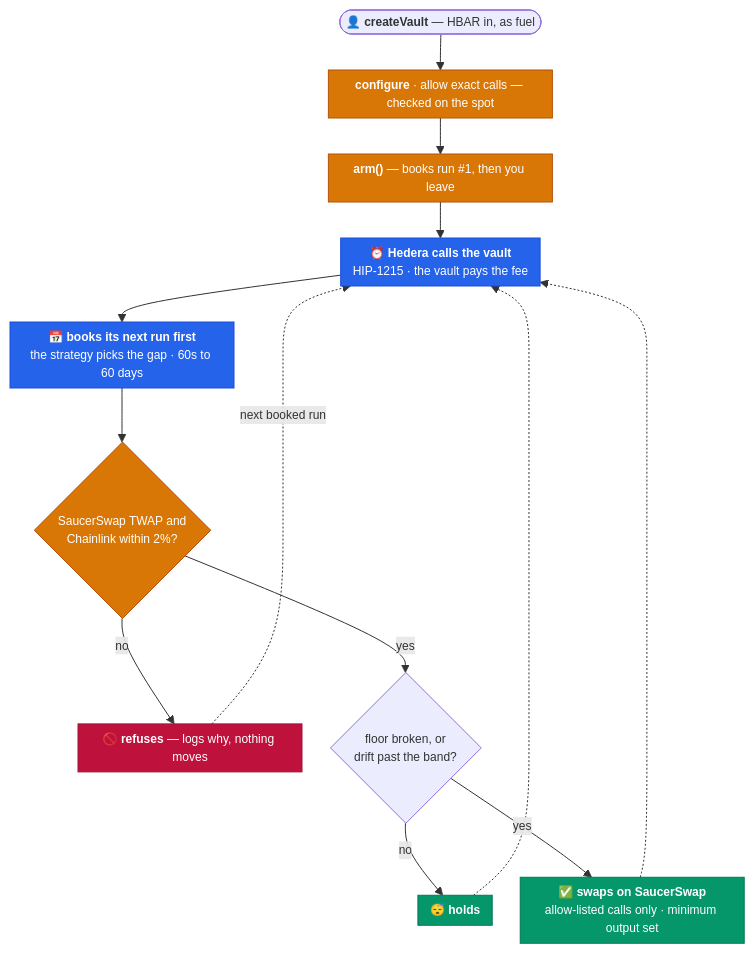
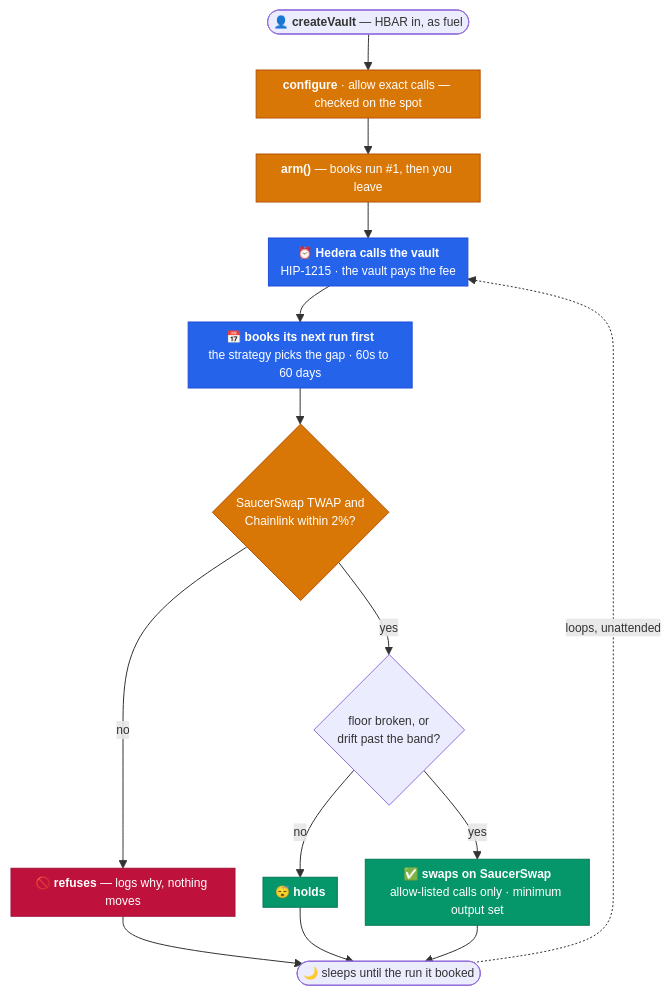
The first of 2 diagrams in README.md (Madhav-Gupta-28/Nocturne), drawn with Mermaid before and after one commit. The commit also changed other lines of this file, not shown here.

First line of the commit message:
README: what you can build, the reference example compared, cleaner diagrams

````diff
--- a/README.md
+++ b/README.md
@@ -53,40 +69,42 @@
 ```mermaid
 ---
 config:
   flowchart:
     nodeSpacing: 28
     rankSpacing: 36
     padding: 6
     useMaxWidth: true
   themeVariables:
     fontSize: 12px
 ---
 flowchart TD
     NEW(["👤 <b>createVault</b> — HBAR in, as fuel"])
     NEW --> CFG
     CFG["<b>configure</b> · allow exact calls — checked on the spot"]
     CFG --> ARM
     ARM["<b>arm()</b> — books run #1, then you leave"]
     ARM --> FIRE
     FIRE["⏰ <b>Hedera calls the vault</b><br/>HIP-1215 · the vault pays the fee"]
     FIRE --> BOOK
     BOOK["📅 <b>books its next run first</b><br/>the strategy picks the gap · 60s to 60 days"]
     BOOK --> AGREE
     AGREE{"SaucerSwap TWAP and<br/>Chainlink within 2%?"}
     AGREE -->|no| REF["🚫 <b>refuses</b> — logs why, nothing moves"]
     AGREE -->|yes| DUE{"floor broken, or<br/>drift past the band?"}
     DUE -->|no| HOLD["😴 <b>holds</b>"]
     DUE -->|yes| SWAP["✅ <b>swaps on SaucerSwap</b><br/>allow-listed calls only · minimum output set"]
-    REF -.->|"next booked run"| FIRE
-    HOLD -.-> FIRE
-    SWAP -.-> FIRE
+    REF --> NEXT
+    HOLD --> NEXT
+    SWAP --> NEXT
+    NEXT(["🌙 sleeps until the run it booked"])
+    NEXT -.->|"loops, unattended"| FIRE
 
     style CFG fill:#D97706,stroke:#B45309,color:#FFFFFF
     style ARM fill:#D97706,stroke:#B45309,color:#FFFFFF
     style AGREE fill:#D97706,stroke:#B45309,color:#FFFFFF
     style FIRE fill:#2563EB,stroke:#1D4ED8,color:#FFFFFF
     style BOOK fill:#2563EB,stroke:#1D4ED8,color:#FFFFFF
     style SWAP fill:#059669,stroke:#047857,color:#FFFFFF
     style HOLD fill:#059669,stroke:#047857,color:#FFFFFF
     style REF fill:#BE123C,stroke:#9F1239,color:#FFFFFF
 ```
````
